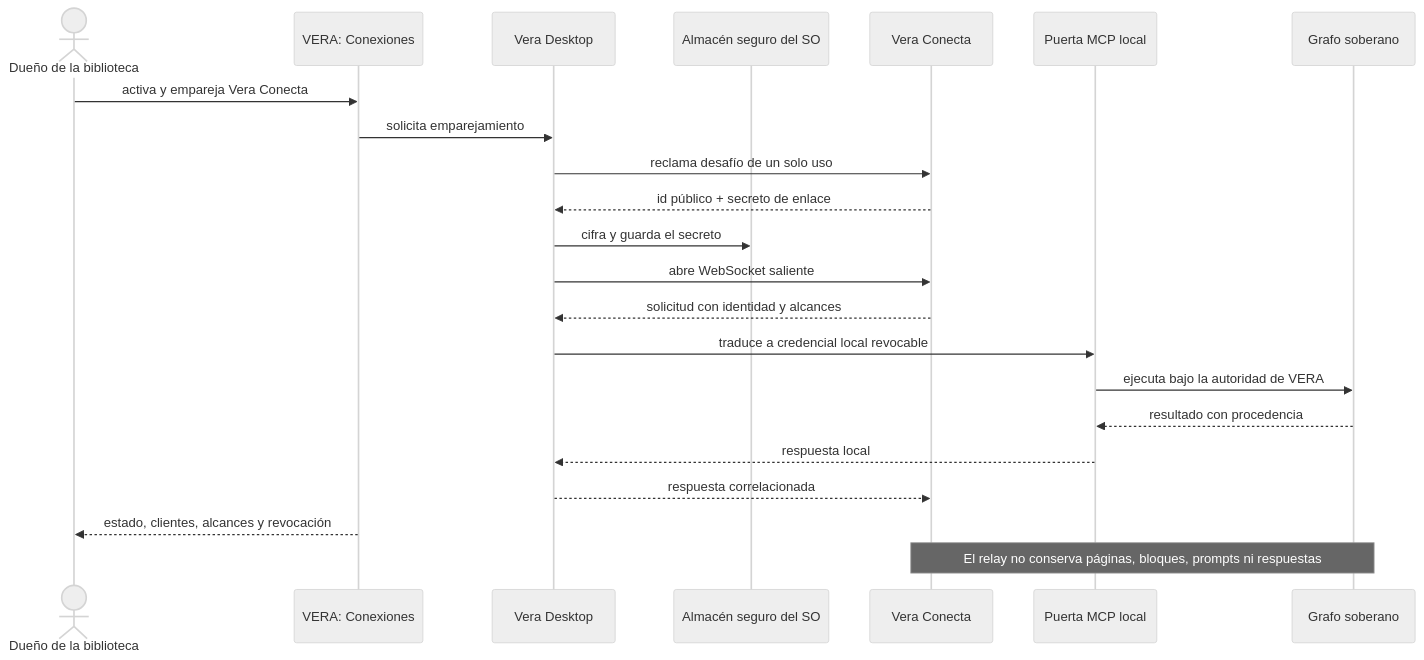
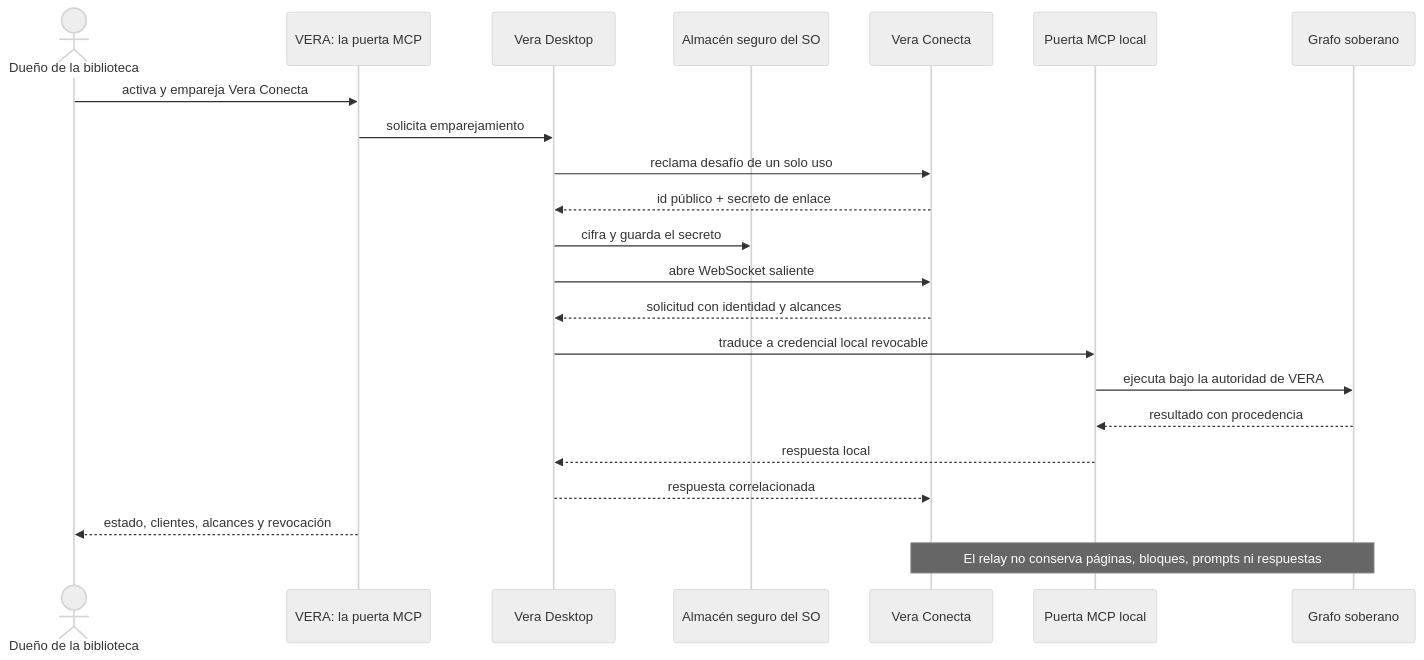
Before and after one commit to mediafranca/vera: the third of 41 diagrams in docs/diagramas.md, drawn with Mermaid (neutral theme). The commit also changed other lines of this file and 45 other files, not shown here.

First line of the commit message:
fix: enlaza Vera Desktop con el relay MCP (#14)

````diff
--- a/docs/diagramas.md
+++ b/docs/diagramas.md
@@ -192,26 +192,26 @@
 ```mermaid
 sequenceDiagram
     actor D as Dueño de la biblioteca
-    participant UI as VERA: Conexiones
+    participant UI as VERA: la puerta MCP
     participant Desktop as Vera Desktop
     participant Seguro as Almacén seguro del SO
     participant Relay as Vera Conecta
     participant MCP as Puerta MCP local
     participant G as Grafo soberano
 
     D->>UI: activa y empareja Vera Conecta
     UI->>Desktop: solicita emparejamiento
     Desktop->>Relay: reclama desafío de un solo uso
     Relay-->>Desktop: id público + secreto de enlace
     Desktop->>Seguro: cifra y guarda el secreto
     Desktop->>Relay: abre WebSocket saliente
     Relay-->>Desktop: solicitud con identidad y alcances
     Desktop->>MCP: traduce a credencial local revocable
     MCP->>G: ejecuta bajo la autoridad de VERA
     G-->>MCP: resultado con procedencia
     MCP-->>Desktop: respuesta local
     Desktop-->>Relay: respuesta correlacionada
     UI-->>D: estado, clientes, alcances y revocación
 
     Note over Relay,G: El relay no conserva páginas, bloques, prompts ni respuestas
 ```
````
